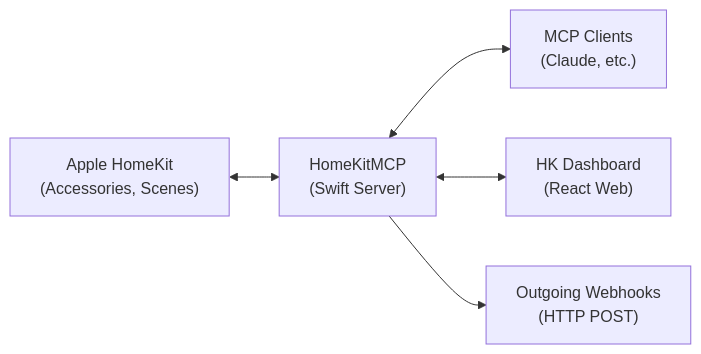
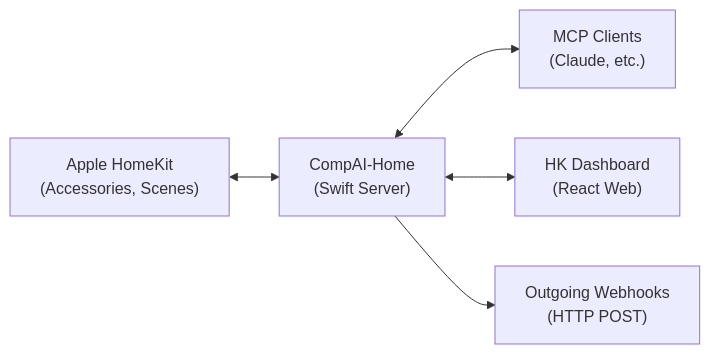
Before and after one commit to novoapro/compai-home: the first of 9 diagrams in DESIGN.md, drawn with Mermaid. The commit also changed other lines of this file and 459 other files, not shown here.

````diff
--- a/DESIGN.md
+++ b/DESIGN.md
@@ -17,7 +17,7 @@
 ```mermaid
 graph LR
-    HomeKit["Apple HomeKit<br/>(Accessories, Scenes)"] <--> Server["HomeKitMCP<br/>(Swift Server)"]
+    HomeKit["Apple HomeKit<br/>(Accessories, Scenes)"] <--> Server["CompAI-Home<br/>(Swift Server)"]
     Server <--> MCP["MCP Clients<br/>(Claude, etc.)"]
     Server <--> Web["HK Dashboard<br/>(React Web)"]
     Server --> Webhooks["Outgoing Webhooks<br/>(HTTP POST)"]
 ```
````
